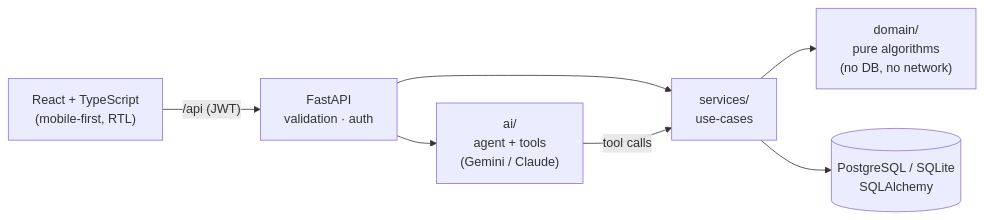
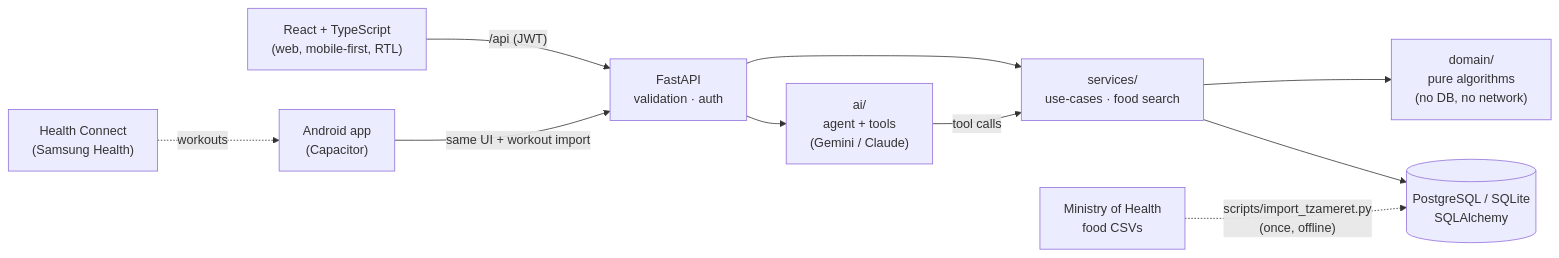
Before and after one commit to OfriKeidar/FitFlow: the diagram in README.md, drawn with Mermaid. The commit also changed other lines of this file and 10 other files, not shown here.

Commit message:
README: fresh screenshots, algorithms table, updated architecture; plain-text chat replies

````diff
--- a/README.md
+++ b/README.md
@@ -45,9 +46,12 @@
 ```mermaid
 flowchart LR
-    UI["React + TypeScript<br/>(mobile-first, RTL)"] -->|"/api (JWT)"| API["FastAPI<br/>validation · auth"]
-    API --> SVC["services/<br/>use-cases"]
+    UI["React + TypeScript<br/>(web, mobile-first, RTL)"] -->|"/api (JWT)"| API["FastAPI<br/>validation · auth"]
+    APP["Android app<br/>(Capacitor)"] -->|"same UI + workout import"| API
+    HC["Health Connect<br/>(Samsung Health)"] -.->|"workouts"| APP
+    API --> SVC["services/<br/>use-cases · food search"]
     API --> AI["ai/<br/>agent + tools<br/>(Gemini / Claude)"]
     AI -->|"tool calls"| SVC
     SVC --> DOM["domain/<br/>pure algorithms<br/>(no DB, no network)"]
     SVC --> DB[("PostgreSQL / SQLite<br/>SQLAlchemy")]
+    MOH["Ministry of Health<br/>food CSVs"] -.->|"scripts/import_tzameret.py<br/>(once, offline)"| DB
 ```
````
